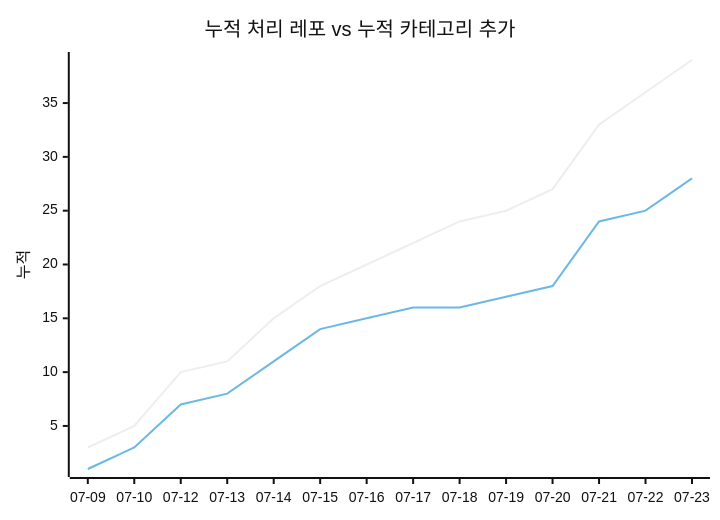
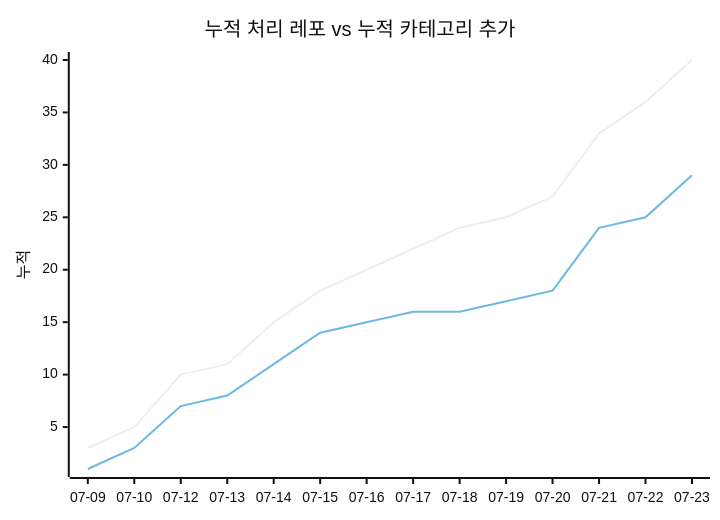
One commit to J-nowcow/awesome-korean-agent-skills changed the second of 2 diagrams in docs/trends.md. Above: the diagram before and after it, drawn with Mermaid (neutral theme). The commit also changed other lines of this file and 3 other files, not shown here.

````diff
--- a/docs/trends.md
+++ b/docs/trends.md
@@ -68,8 +68,8 @@
 ```mermaid
 xychart-beta
     title "누적 처리 레포 vs 누적 카테고리 추가"
     x-axis ["07-09","07-10","07-12","07-13","07-14","07-15","07-16","07-17","07-18","07-19","07-20","07-21","07-22","07-23"]
     y-axis "누적"
-    line [3,5,10,11,15,18,20,22,24,25,27,33,36,39]
-    line [1,3,7,8,11,14,15,16,16,17,18,24,25,28]
+    line [3,5,10,11,15,18,20,22,24,25,27,33,36,40]
+    line [1,3,7,8,11,14,15,16,16,17,18,24,25,29]
 ```
````
